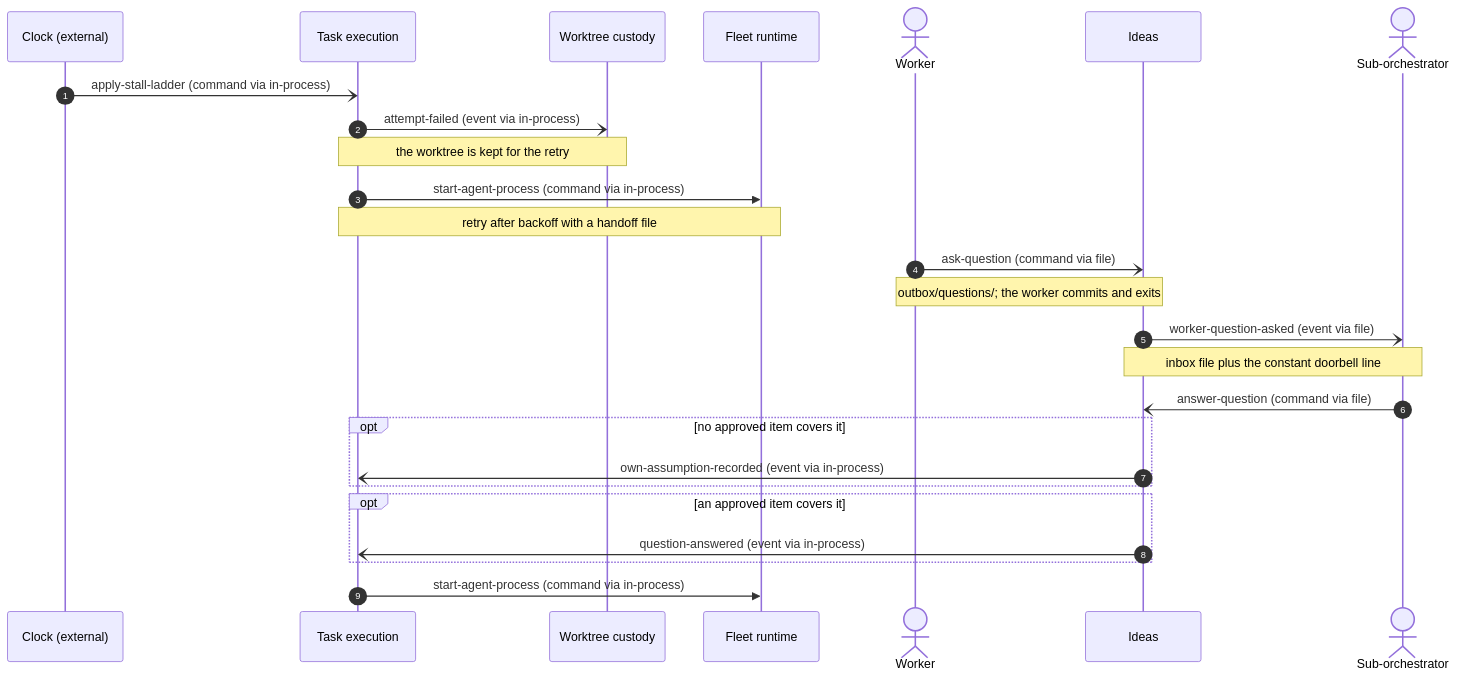
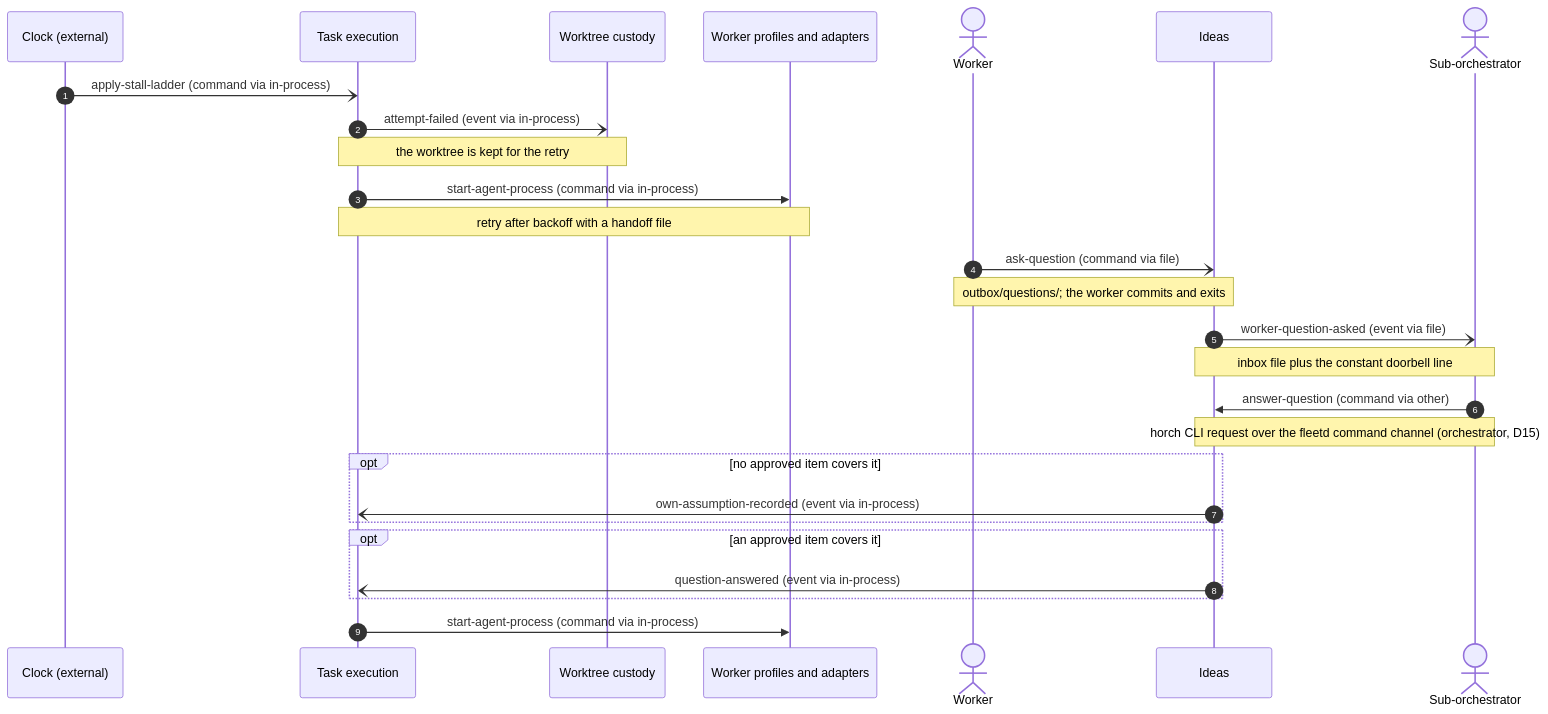
Before and after one commit to MattMakes/multi-herdr: the fifth of 9 diagrams in ddd/05-connect/message-flows.md, drawn with Mermaid. The commit also changed other lines of this file and 30 other files, not shown here.

````diff
--- a/ddd/05-connect/message-flows.md
+++ b/ddd/05-connect/message-flows.md
@@ -212,28 +195,29 @@
 ```mermaid
 sequenceDiagram
   autonumber
   participant clock as Clock (external)
   participant task_execution as Task execution
   participant worktree_custody as Worktree custody
-  participant fleet_runtime as Fleet runtime
+  participant worker_profiles as Worker profiles and adapters
   actor worker as Worker
   participant ideas as Ideas
   actor sub_orchestrator as Sub-orchestrator
   clock-)task_execution: apply-stall-ladder (command via in-process)
   task_execution-)worktree_custody: attempt-failed (event via in-process)
   Note over task_execution,worktree_custody: the worktree is kept for the retry
-  task_execution->>fleet_runtime: start-agent-process (command via in-process)
-  Note over task_execution,fleet_runtime: retry after backoff with a handoff file
+  task_execution->>worker_profiles: start-agent-process (command via in-process)
+  Note over task_execution,worker_profiles: retry after backoff with a handoff file
   worker-)ideas: ask-question (command via file)
   Note over worker,ideas: outbox/questions/#59; the worker commits and exits
   ideas-)sub_orchestrator: worker-question-asked (event via file)
   Note over ideas,sub_orchestrator: inbox file plus the constant doorbell line
-  sub_orchestrator-)ideas: answer-question (command via file)
+  sub_orchestrator->>ideas: answer-question (command via other)
+  Note over sub_orchestrator,ideas: horch CLI request over the fleetd command channel (orchestrator, D15)
   opt no approved item covers it
     ideas-)task_execution: own-assumption-recorded (event via in-process)
   end
   opt an approved item covers it
     ideas-)task_execution: question-answered (event via in-process)
   end
-  task_execution->>fleet_runtime: start-agent-process (command via in-process)
+  task_execution->>worker_profiles: start-agent-process (command via in-process)
 ```
````
